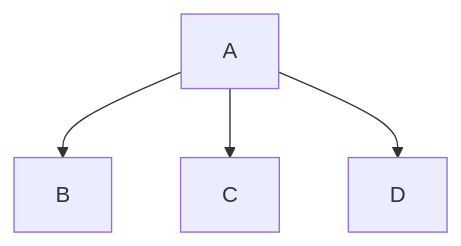
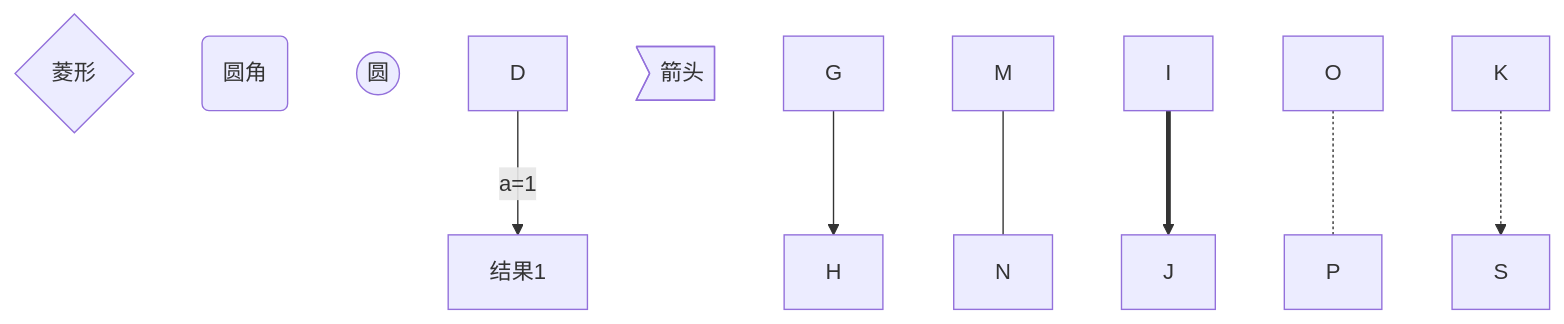
The first of 5 diagrams in 笔记/前端/Markdown.md (wly130/notes), drawn with Mermaid before and after one commit. The commit also changed other lines of this file and 9 other files, not shown here.

````diff
--- a/笔记/前端/Markdown.md
+++ b/笔记/前端/Markdown.md
@@ -18,6 +26,14 @@
 ```mermaid
 graph TD;
-    A-->B;
-    A-->C;
-    A-->D;
+    A{菱形};
+    B(圆角);
+    C((圆));
+    D-->|a=1| E[结果1];
+    F>箭头];
+    
+    G-->H;
+    M---N;
+    I==>J;
+    O-.-P;
+    K-.->S
 ```
````
